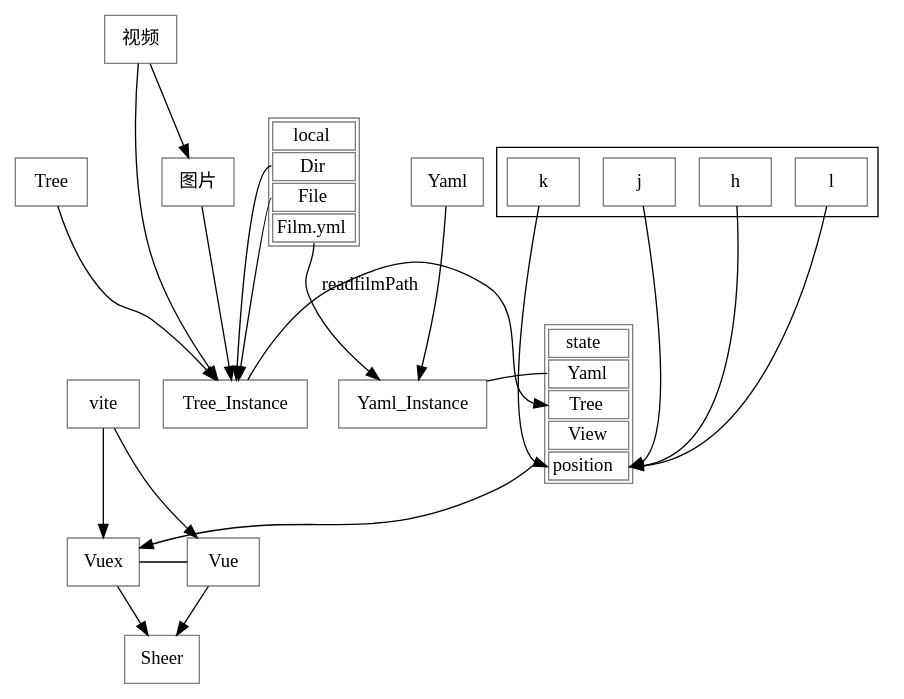
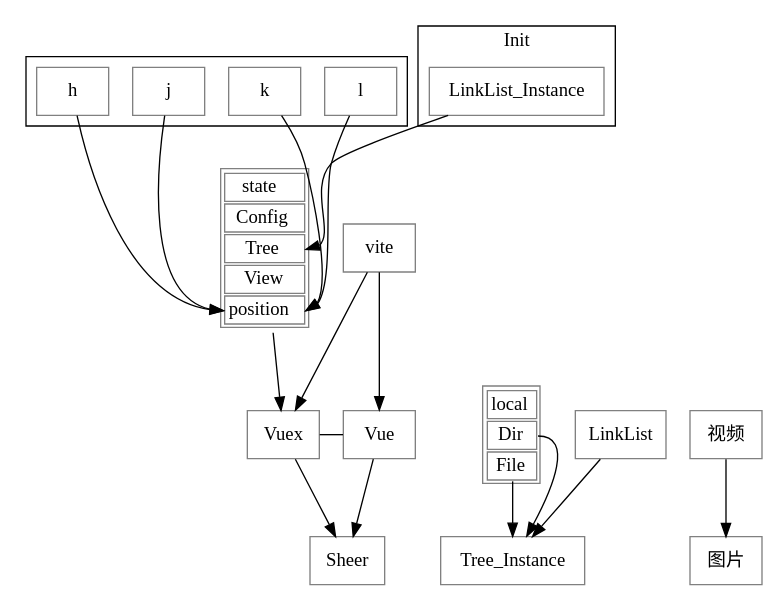
The diagram in construct.dot (WingDust/Sheer), drawn with Graphviz before and after one commit. The commit also changed 6 other files, not shown here.

```diff
--- a/construct.dot
+++ b/construct.dot
@@ -1,97 +1,86 @@
 digraph construct {
 
-    node [color=gray,shape=box,fontname="FangSong"];
+    node [color=gray,shape=box,fontname="Source Code Variable ExtraLight Italic"];
+    node [fontname="98WB-1"];
     {rank=max;Sheer}
 
     local [
         shape = plaintext
         label =<
         <table border='1' cellborder='1'>
             <tr><td colspan="1">local</td></tr>
              <tr>
              <td port='port_one'>Dir</td>
             </tr>
              <tr>
              <td port='port_two'>File</td>
             </tr>
-             <tr>
-             <td port='port_three'>Film.yml</td>
-            </tr>
         </table>
         >
     ];
     state [
         shape = plaintext
         label =<
         <table border='1' cellborder='1'>
             <tr><td colspan="1">state</td></tr>
              <tr>
-             <td port='port_one'>Yaml</td>
+             <td port='port_one'>Config</td>
             </tr>
              <tr>
              <td port='port_two'>Tree</td>
             </tr>
              <tr>
              <td port='port_three'>View</td>
             </tr>
              <tr>
              <td port='port_four'>position</td>
             </tr>
         </table>
         >
     ];
     subgraph cluster_vim{
         l;
         k;
         j;
         h;
     }
     h -> state:port_four
     j -> state:port_four
     k -> state:port_four
     l -> state:port_four
     subgraph cluster_init{
         label = "Init";
-        Tree_Instance ;
-        Yaml_Instance;
+        LinkList_Instance ;
     }
 
     subgraph dependencies{
         // label="asd";
         // labelloc= "t";
         Vue;
         Vuex;
     }
     { rank=same; Vue Vuex };
     Vuex -> Vue[arrowhead=none];
     Vuex -> {Sheer};
     state -> Vuex;
     Vue -> Sheer ;
     vite -> Vue;
     vite -> Vuex;
 
     // subgraph cluster_p{
     subgraph cluster_datastructure{
         // label="ad";
-        Tree
-        Yaml
+        LinkList
         pos = "1,2!"
     }
-    // { rank=  };
-    { rank=same; Tree Yaml };
-    { rank=same; Tree_Instance Yaml_Instance state};
-    Tree -> Tree_Instance;
-    Yaml -> Yaml_Instance;
-    {Tree_Instance} -> state:port_two;
-    Yaml_Instance -> state:port_one;
-    // Tree_Instance -> local
+    { rank=same; LinkList };
+    LinkList -> Tree_Instance;
+    {LinkList_Instance} -> state:port_two;
 
     local:port_one -> Tree_Instance;
     local:port_two -> Tree_Instance;
-    local:port_three -> Yaml_Instance[label="readfilmPath"];
 
     {rank = some; 视频 图片}
     视频-> 图片
-    {视频,图片} -> Tree_Instance
 
 }
```
